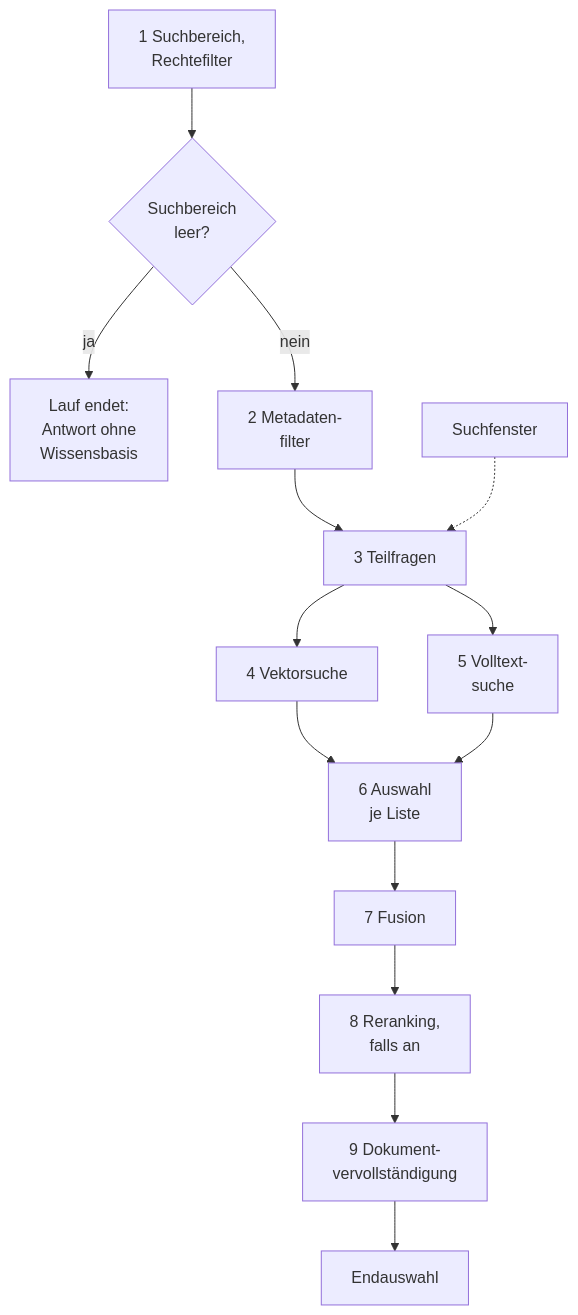
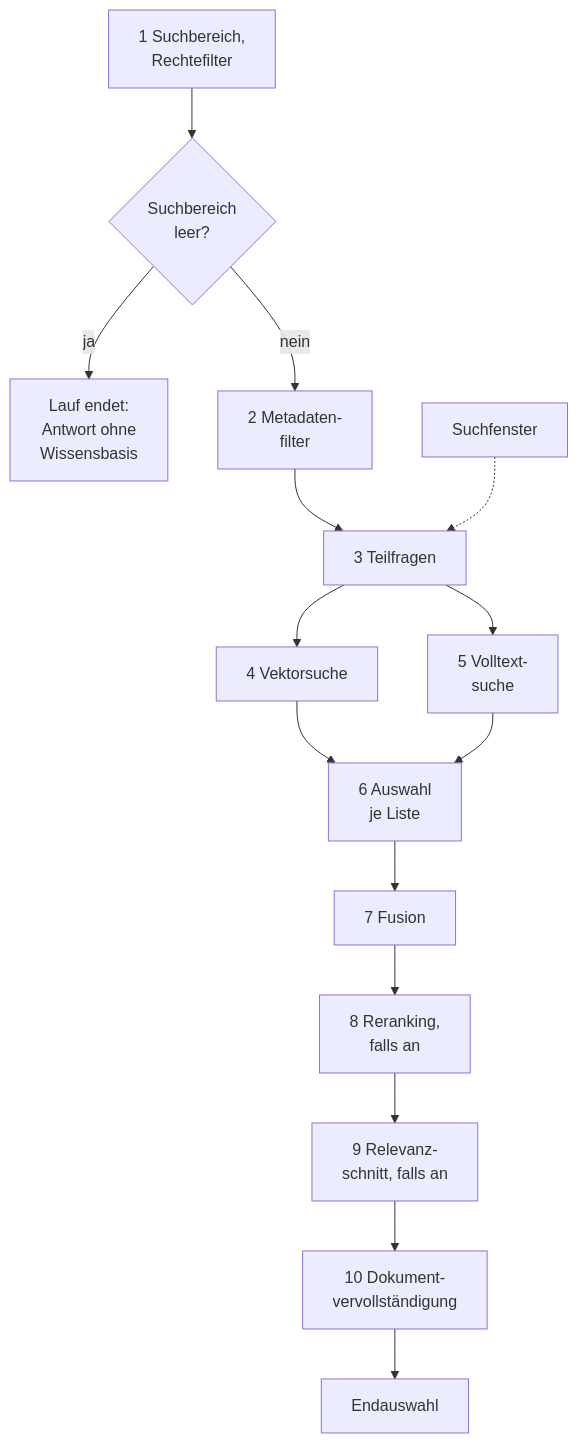
The third of 4 diagrams in docs/handbuch/suche.md (criew/opaa), drawn with Mermaid before and after one commit. The commit also changed other lines of this file and 25 other files, not shown here.

````diff
--- a/docs/handbuch/suche.md
+++ b/docs/handbuch/suche.md
@@ -195,16 +195,17 @@
 ```mermaid
 flowchart TB
     S1[1 Suchbereich,<br/>Rechtefilter] --> Q{Suchbereich<br/>leer?}
     Q -- ja --> H[Lauf endet:<br/>Antwort ohne<br/>Wissensbasis]
     Q -- nein --> S2[2 Metadaten-<br/>filter]
     S2 --> S3[3 Teilfragen]
     V[Suchfenster] -.-> S3
     S3 --> S4[4 Vektorsuche]
     S3 --> S5[5 Volltext-<br/>suche]
     S4 --> S6[6 Auswahl<br/>je Liste]
     S5 --> S6
     S6 --> S7[7 Fusion]
     S7 --> S8[8 Reranking,<br/>falls an]
-    S8 --> S9[9 Dokument-<br/>vervollständigung]
-    S9 --> E[Endauswahl]
+    S8 --> S9[9 Relevanz-<br/>schnitt, falls an]
+    S9 --> S10[10 Dokument-<br/>vervollständigung]
+    S10 --> E[Endauswahl]
 ```
````
